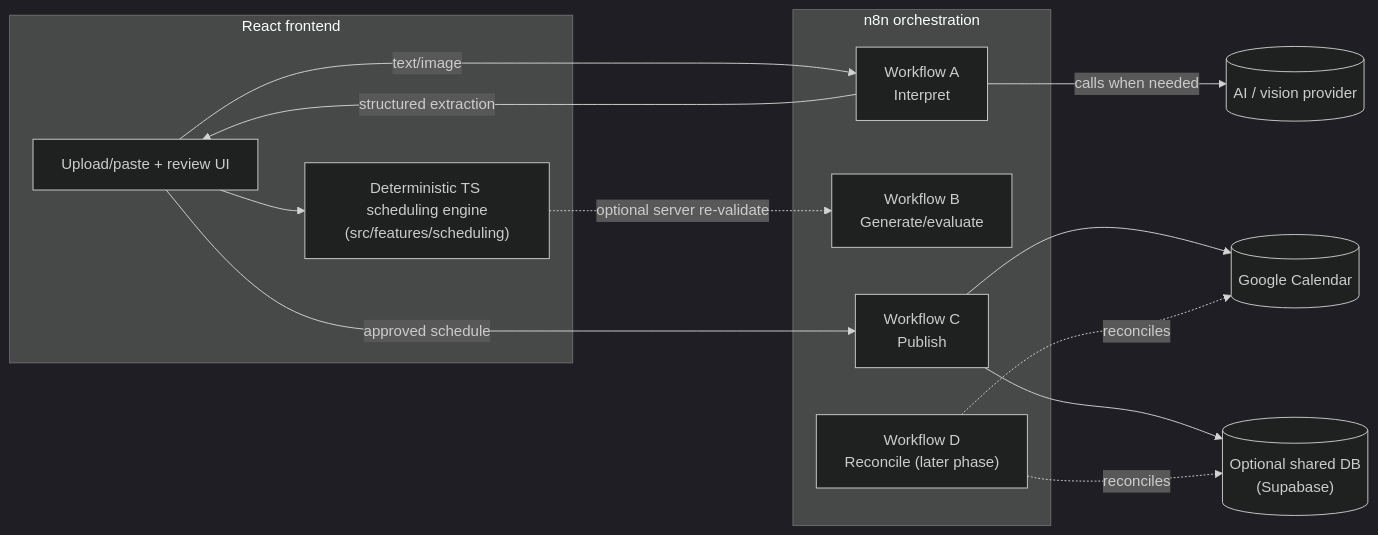
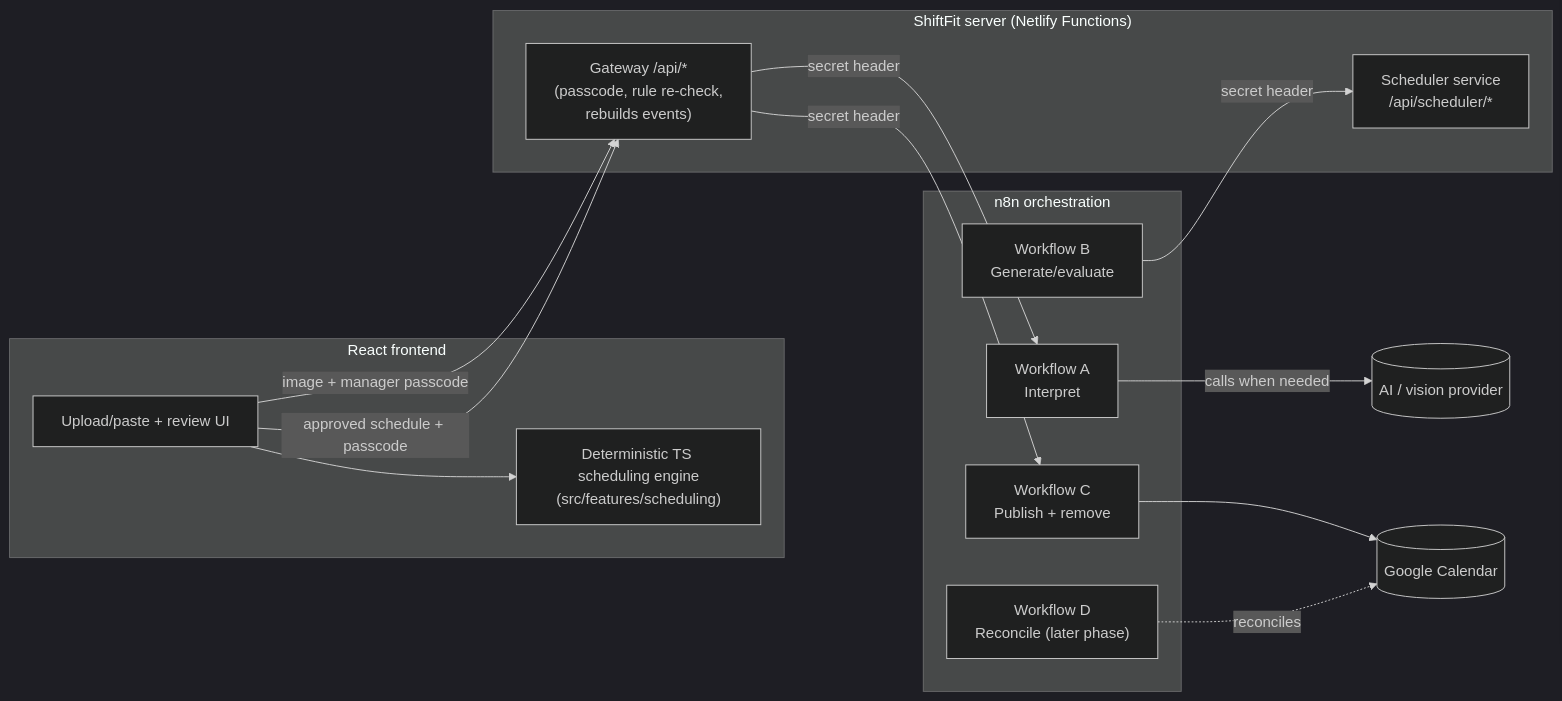
Before and after one commit to p00rmanS/cadence: the diagram in docs/N8N_ARCHITECTURE.md, drawn with Mermaid (dark theme). The commit also changed other lines of this file and 88 other files, not shown here.

First line of the commit message:
Backend: secure gateway, scheduler service, GitHub Pages deploy

````diff
--- a/docs/N8N_ARCHITECTURE.md
+++ b/docs/N8N_ARCHITECTURE.md
@@ -14,27 +14,29 @@
 ```mermaid
 flowchart LR
   subgraph Frontend["React frontend"]
     UI[Upload/paste + review UI]
     Scheduler["Deterministic TS scheduling engine\n(src/features/scheduling)"]
   end
+  subgraph Server["ShiftFit server (Netlify Functions)"]
+    GW["Gateway /api/*\n(passcode, rule re-check,\nrebuilds events)"]
+    SVC["Scheduler service\n/api/scheduler/*"]
+  end
   subgraph N8N["n8n orchestration"]
     A["Workflow A\nInterpret"]
     B["Workflow B\nGenerate/evaluate"]
-    C["Workflow C\nPublish"]
+    C["Workflow C\nPublish + remove"]
     D["Workflow D\nReconcile (later phase)"]
   end
   AI[("AI / vision provider")]
   GCal[("Google Calendar")]
-  DB[("Optional shared DB\n(Supabase)")]
 
-  UI -->|text/image| A
+  UI -->|image + manager passcode| GW
+  UI -->|approved schedule + passcode| GW
+  GW -->|secret header| A
+  GW -->|secret header| C
   A -->|calls when needed| AI
-  A -->|structured extraction| UI
   UI --> Scheduler
-  Scheduler -.optional server re-validate.-> B
-  UI -->|approved schedule| C
+  B -->|secret header| SVC
   C --> GCal
-  C --> DB
   D -.reconciles.-> GCal
-  D -.reconciles.-> DB
 ```
````
